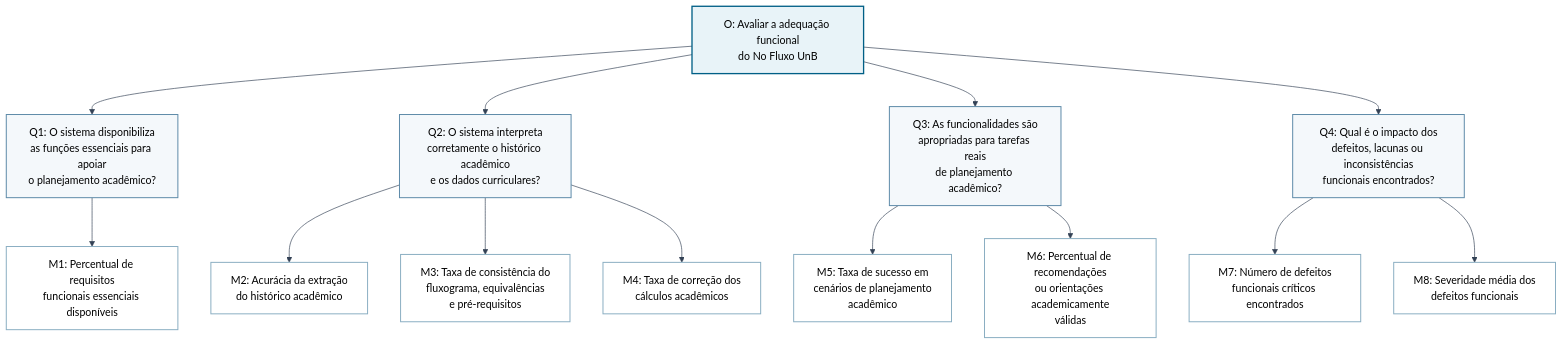
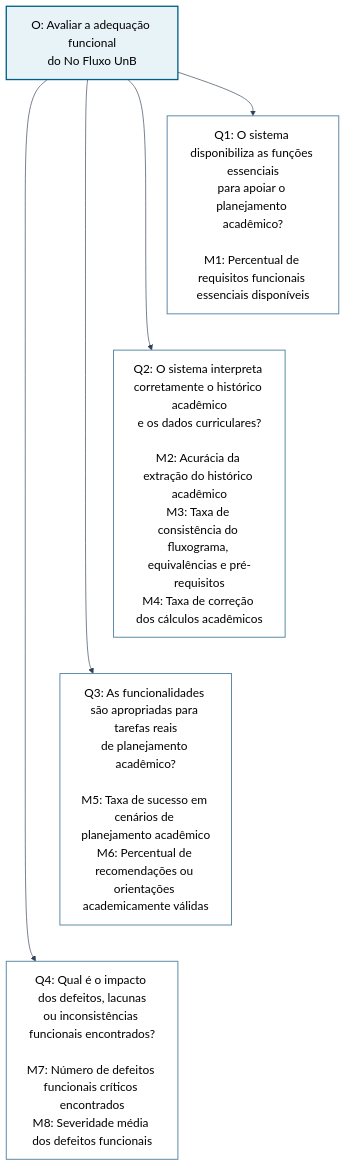
One commit to FCTE-Qualidade-de-Software-1/2026-1_T01_HEDY_LAMAR changed the diagram in docs/fase2/01_obj_adequacao_funcional.md. Above: the diagram before and after it, drawn with Mermaid. The commit also changed other lines of this file and 1 other file, not shown here.

Commit message:
style: improve Mermaid diagram styling for better readability and responsiveness

````diff
--- a/docs/fase2/01_obj_adequacao_funcional.md
+++ b/docs/fase2/01_obj_adequacao_funcional.md
@@ -25,30 +100,20 @@
 ```mermaid
-%%{init: {"theme": "base", "themeVariables": {"lineColor": "#334155", "fontFamily": "Arial", "primaryTextColor": "#000000", "secondaryTextColor": "#000000", "tertiaryTextColor": "#000000"}} }%%
+%%{init: {"theme": "base", "themeVariables": {"lineColor": "#334155", "fontFamily": "Arial", "fontSize": "18px", "primaryTextColor": "#000000", "secondaryTextColor": "#000000", "tertiaryTextColor": "#000000"}, "flowchart": {"nodeSpacing": 45, "rankSpacing": 55}} }%%
 flowchart TD
     O["O: Avaliar a adequação funcional<br/>do No Fluxo UnB"]
 
-    O --> Q1["Q1: O sistema disponibiliza<br/>as funções essenciais para apoiar<br/>o planejamento acadêmico?"]
-    O --> Q2["Q2: O sistema interpreta<br/>corretamente o histórico acadêmico<br/>e os dados curriculares?"]
-    O --> Q3["Q3: As funcionalidades são<br/>apropriadas para tarefas reais<br/>de planejamento acadêmico?"]
-    O --> Q4["Q4: Qual é o impacto dos<br/>defeitos, lacunas ou inconsistências<br/>funcionais encontrados?"]
+    O --> Q1["Q1: O sistema disponibiliza as funções essenciais<br/>para apoiar o planejamento acadêmico?<br/><br/>M1: Percentual de requisitos funcionais essenciais disponíveis"]
+    O --> Q2["Q2: O sistema interpreta corretamente o histórico acadêmico<br/>e os dados curriculares?<br/><br/>M2: Acurácia da extração do histórico acadêmico<br/>M3: Taxa de consistência do fluxograma, equivalências e pré-requisitos<br/>M4: Taxa de correção dos cálculos acadêmicos"]
+    O --> Q3["Q3: As funcionalidades são apropriadas para tarefas reais<br/>de planejamento acadêmico?<br/><br/>M5: Taxa de sucesso em cenários de planejamento acadêmico<br/>M6: Percentual de recomendações ou orientações academicamente válidas"]
+    O --> Q4["Q4: Qual é o impacto dos defeitos, lacunas<br/>ou inconsistências funcionais encontrados?<br/><br/>M7: Número de defeitos funcionais críticos encontrados<br/>M8: Severidade média dos defeitos funcionais"]
 
-    Q1 --> M1["M1: Percentual de requisitos<br/>funcionais essenciais disponíveis"]
-
-    Q2 --> M2["M2: Acurácia da extração<br/>do histórico acadêmico"]
-    Q2 --> M3["M3: Taxa de consistência do<br/>fluxograma, equivalências<br/>e pré-requisitos"]
-    Q2 --> M4["M4: Taxa de correção dos<br/>cálculos acadêmicos"]
-
-    Q3 --> M5["M5: Taxa de sucesso em<br/>cenários de planejamento<br/>acadêmico"]
-    Q3 --> M6["M6: Percentual de recomendações<br/>ou orientações academicamente<br/>válidas"]
-
-    Q4 --> M7["M7: Número de defeitos<br/>funcionais críticos encontrados"]
-    Q4 --> M8["M8: Severidade média dos<br/>defeitos funcionais"]
+    Q1 ~~~ Q2
+    Q2 ~~~ Q3
+    Q3 ~~~ Q4
 
     classDef objective fill:#e8f3f8,color:#000000,stroke:#005f86,stroke-width:2px;
-    classDef question fill:#f4f8fb,color:#000000,stroke:#5d8aa8,stroke-width:1.5px;
-    classDef metric fill:#ffffff,color:#000000,stroke:#8aaec2,stroke-width:1.5px;
+    classDef question fill:#ffffff,color:#000000,stroke:#5d8aa8,stroke-width:1.5px;
 
     class O objective;
     class Q1,Q2,Q3,Q4 question;
-    class M1,M2,M3,M4,M5,M6,M7,M8 metric;
 ```
````
